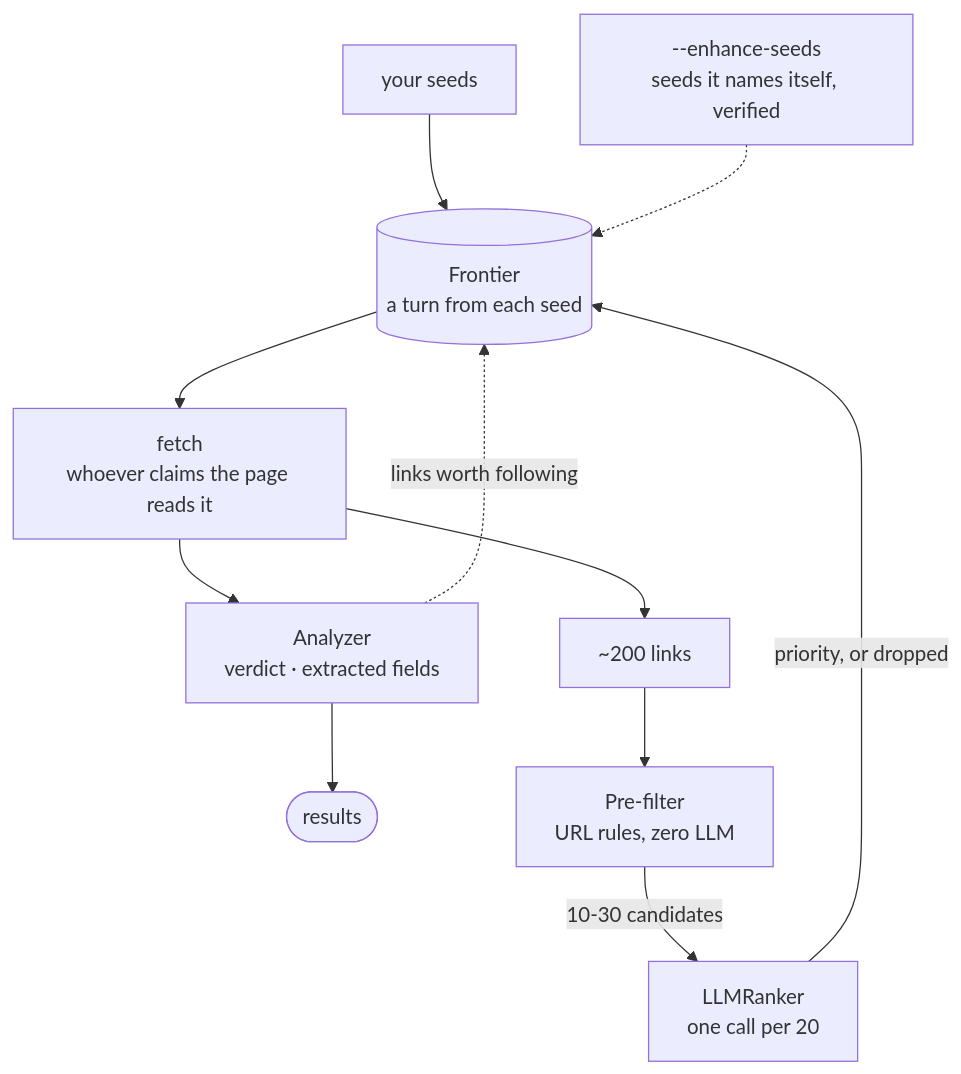
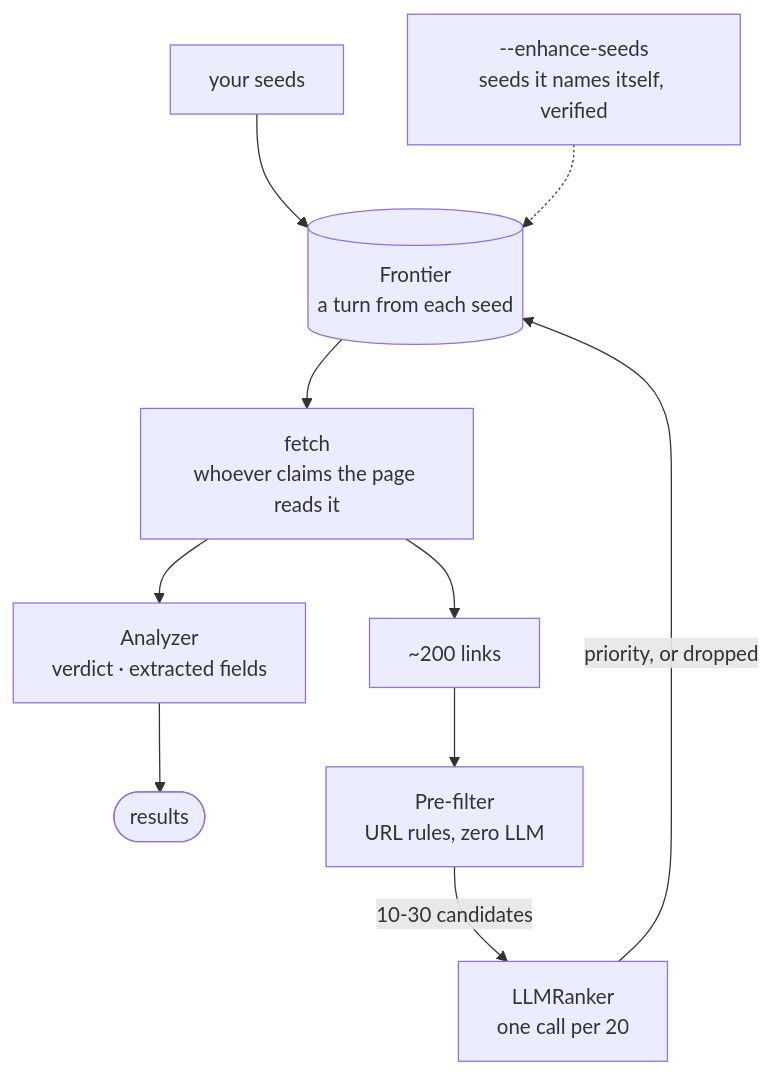
Before and after one commit to shixuan/crawl-me-maybe: the diagram in README.md, drawn with Mermaid. The commit also changed other lines of this file and 1 other file, not shown here.

````diff
--- a/README.md
+++ b/README.md
@@ -242,13 +242,12 @@
 ```mermaid
 flowchart TD
     seeds["your seeds"] --> FR
     ext["--enhance-seeds<br>seeds it names itself, verified"] -.-> FR
     FR[("Frontier<br>a turn from each seed")] --> fetch["fetch<br>whoever claims the page reads it"]
     fetch --> an["Analyzer<br>verdict · extracted fields"]
     an --> out(["results"])
     fetch --> links["~200 links"]
     links --> pre["Pre-filter<br>URL rules, zero LLM"]
     pre -->|"10-30 candidates"| rank["LLMRanker<br>one call per 20"]
     rank -->|"priority, or dropped"| FR
-    an -.->|"links worth following"| FR
 ```
````
